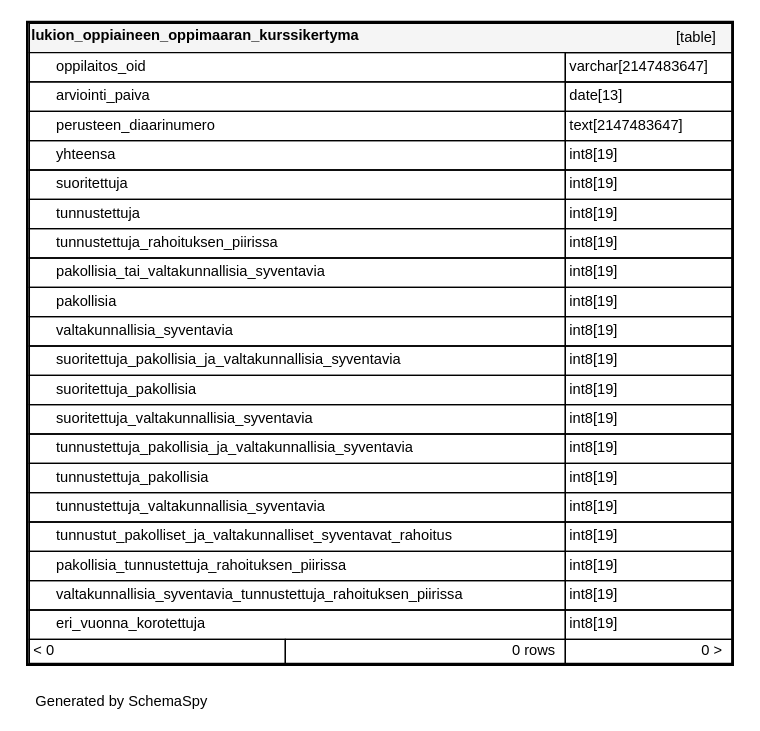
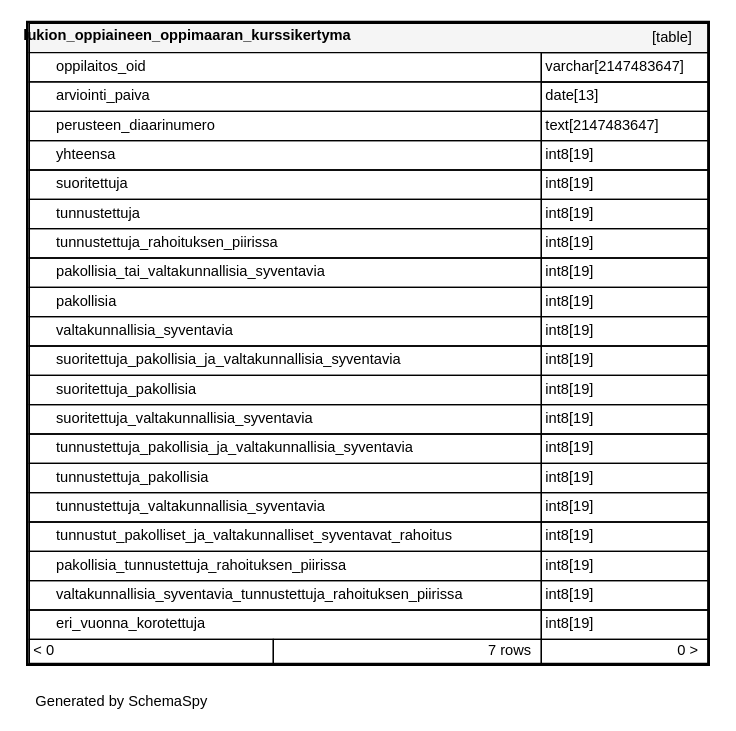
One commit to Opetushallitus/koski changed the diagram in documentation/tietokantaskeemat/koski-raportointikanta/diagrams/tables/lukion_oppiaineen_oppimaaran_ku_922d7fe1.1degree.dot. Above: the diagram before and after it, drawn with Graphviz. The commit also changed 246 other files, not shown here.

```diff
--- a/documentation/tietokantaskeemat/koski-raportointikanta/diagrams/tables/lukion_oppiaineen_oppimaaran_ku_922d7fe1.1degree.dot
+++ b/documentation/tietokantaskeemat/koski-raportointikanta/diagrams/tables/lukion_oppiaineen_oppimaaran_ku_922d7fe1.1degree.dot
@@ -3,28 +3,28 @@
   "lukion_oppiaineen_oppimaaran_kurssikertyma" [
    label=<
     <TABLE BORDER="2" CELLBORDER="1" CELLSPACING="0" BGCOLOR="#ffffff">
-      <TR><TD COLSPAN="4"  BGCOLOR="#f5f5f5"><TABLE BORDER="0" CELLSPACING="0"><TR><TD ALIGN="LEFT" FIXEDSIZE="TRUE" WIDTH="280" HEIGHT="16"><B>lukion_oppiaineen_oppimaaran_kurssikertyma</B></TD><TD ALIGN="RIGHT">[table]</TD></TR></TABLE></TD></TR>
-      <TR><TD PORT="oppilaitos_oid" COLSPAN="2" BGCOLOR="#ffffff" ALIGN="LEFT"><TABLE BORDER="0" CELLSPACING="0" ALIGN="LEFT"><TR ALIGN="LEFT"><TD ALIGN="LEFT" FIXEDSIZE="TRUE" WIDTH="15" HEIGHT="16"></TD><TD ALIGN="LEFT" FIXEDSIZE="TRUE" WIDTH="381" HEIGHT="16">oppilaitos_oid</TD></TR></TABLE></TD><TD PORT="oppilaitos_oid.type" ALIGN="LEFT">varchar[2147483647]</TD></TR>
-      <TR><TD PORT="arviointi_paiva" COLSPAN="2" BGCOLOR="#ffffff" ALIGN="LEFT"><TABLE BORDER="0" CELLSPACING="0" ALIGN="LEFT"><TR ALIGN="LEFT"><TD ALIGN="LEFT" FIXEDSIZE="TRUE" WIDTH="15" HEIGHT="16"></TD><TD ALIGN="LEFT" FIXEDSIZE="TRUE" WIDTH="381" HEIGHT="16">arviointi_paiva</TD></TR></TABLE></TD><TD PORT="arviointi_paiva.type" ALIGN="LEFT">date[13]</TD></TR>
-      <TR><TD PORT="perusteen_diaarinumero" COLSPAN="2" ALIGN="LEFT"><TABLE BORDER="0" CELLSPACING="0" ALIGN="LEFT"><TR ALIGN="LEFT"><TD ALIGN="LEFT" FIXEDSIZE="TRUE" WIDTH="15" HEIGHT="16"></TD><TD ALIGN="LEFT" FIXEDSIZE="TRUE" WIDTH="381" HEIGHT="16">perusteen_diaarinumero</TD></TR></TABLE></TD><TD PORT="perusteen_diaarinumero.type" ALIGN="LEFT">text[2147483647]</TD></TR>
-      <TR><TD PORT="yhteensa" COLSPAN="2" ALIGN="LEFT"><TABLE BORDER="0" CELLSPACING="0" ALIGN="LEFT"><TR ALIGN="LEFT"><TD ALIGN="LEFT" FIXEDSIZE="TRUE" WIDTH="15" HEIGHT="16"></TD><TD ALIGN="LEFT" FIXEDSIZE="TRUE" WIDTH="381" HEIGHT="16">yhteensa</TD></TR></TABLE></TD><TD PORT="yhteensa.type" ALIGN="LEFT">int8[19]</TD></TR>
-      <TR><TD PORT="suoritettuja" COLSPAN="2" ALIGN="LEFT"><TABLE BORDER="0" CELLSPACING="0" ALIGN="LEFT"><TR ALIGN="LEFT"><TD ALIGN="LEFT" FIXEDSIZE="TRUE" WIDTH="15" HEIGHT="16"></TD><TD ALIGN="LEFT" FIXEDSIZE="TRUE" WIDTH="381" HEIGHT="16">suoritettuja</TD></TR></TABLE></TD><TD PORT="suoritettuja.type" ALIGN="LEFT">int8[19]</TD></TR>
-      <TR><TD PORT="tunnustettuja" COLSPAN="2" ALIGN="LEFT"><TABLE BORDER="0" CELLSPACING="0" ALIGN="LEFT"><TR ALIGN="LEFT"><TD ALIGN="LEFT" FIXEDSIZE="TRUE" WIDTH="15" HEIGHT="16"></TD><TD ALIGN="LEFT" FIXEDSIZE="TRUE" WIDTH="381" HEIGHT="16">tunnustettuja</TD></TR></TABLE></TD><TD PORT="tunnustettuja.type" ALIGN="LEFT">int8[19]</TD></TR>
-      <TR><TD PORT="tunnustettuja_rahoituksen_piirissa" COLSPAN="2" ALIGN="LEFT"><TABLE BORDER="0" CELLSPACING="0" ALIGN="LEFT"><TR ALIGN="LEFT"><TD ALIGN="LEFT" FIXEDSIZE="TRUE" WIDTH="15" HEIGHT="16"></TD><TD ALIGN="LEFT" FIXEDSIZE="TRUE" WIDTH="381" HEIGHT="16">tunnustettuja_rahoituksen_piirissa</TD></TR></TABLE></TD><TD PORT="tunnustettuja_rahoituksen_piirissa.type" ALIGN="LEFT">int8[19]</TD></TR>
-      <TR><TD PORT="pakollisia_tai_valtakunnallisia_syventavia" COLSPAN="2" ALIGN="LEFT"><TABLE BORDER="0" CELLSPACING="0" ALIGN="LEFT"><TR ALIGN="LEFT"><TD ALIGN="LEFT" FIXEDSIZE="TRUE" WIDTH="15" HEIGHT="16"></TD><TD ALIGN="LEFT" FIXEDSIZE="TRUE" WIDTH="381" HEIGHT="16">pakollisia_tai_valtakunnallisia_syventavia</TD></TR></TABLE></TD><TD PORT="pakollisia_tai_valtakunnallisia_syventavia.type" ALIGN="LEFT">int8[19]</TD></TR>
-      <TR><TD PORT="pakollisia" COLSPAN="2" ALIGN="LEFT"><TABLE BORDER="0" CELLSPACING="0" ALIGN="LEFT"><TR ALIGN="LEFT"><TD ALIGN="LEFT" FIXEDSIZE="TRUE" WIDTH="15" HEIGHT="16"></TD><TD ALIGN="LEFT" FIXEDSIZE="TRUE" WIDTH="381" HEIGHT="16">pakollisia</TD></TR></TABLE></TD><TD PORT="pakollisia.type" ALIGN="LEFT">int8[19]</TD></TR>
-      <TR><TD PORT="valtakunnallisia_syventavia" COLSPAN="2" ALIGN="LEFT"><TABLE BORDER="0" CELLSPACING="0" ALIGN="LEFT"><TR ALIGN="LEFT"><TD ALIGN="LEFT" FIXEDSIZE="TRUE" WIDTH="15" HEIGHT="16"></TD><TD ALIGN="LEFT" FIXEDSIZE="TRUE" WIDTH="381" HEIGHT="16">valtakunnallisia_syventavia</TD></TR></TABLE></TD><TD PORT="valtakunnallisia_syventavia.type" ALIGN="LEFT">int8[19]</TD></TR>
-      <TR><TD PORT="suoritettuja_pakollisia_ja_valtakunnallisia_syventavia" COLSPAN="2" ALIGN="LEFT"><TABLE BORDER="0" CELLSPACING="0" ALIGN="LEFT"><TR ALIGN="LEFT"><TD ALIGN="LEFT" FIXEDSIZE="TRUE" WIDTH="15" HEIGHT="16"></TD><TD ALIGN="LEFT" FIXEDSIZE="TRUE" WIDTH="381" HEIGHT="16">suoritettuja_pakollisia_ja_valtakunnallisia_syventavia</TD></TR></TABLE></TD><TD PORT="suoritettuja_pakollisia_ja_valtakunnallisia_syventavia.type" ALIGN="LEFT">int8[19]</TD></TR>
-      <TR><TD PORT="suoritettuja_pakollisia" COLSPAN="2" ALIGN="LEFT"><TABLE BORDER="0" CELLSPACING="0" ALIGN="LEFT"><TR ALIGN="LEFT"><TD ALIGN="LEFT" FIXEDSIZE="TRUE" WIDTH="15" HEIGHT="16"></TD><TD ALIGN="LEFT" FIXEDSIZE="TRUE" WIDTH="381" HEIGHT="16">suoritettuja_pakollisia</TD></TR></TABLE></TD><TD PORT="suoritettuja_pakollisia.type" ALIGN="LEFT">int8[19]</TD></TR>
-      <TR><TD PORT="suoritettuja_valtakunnallisia_syventavia" COLSPAN="2" ALIGN="LEFT"><TABLE BORDER="0" CELLSPACING="0" ALIGN="LEFT"><TR ALIGN="LEFT"><TD ALIGN="LEFT" FIXEDSIZE="TRUE" WIDTH="15" HEIGHT="16"></TD><TD ALIGN="LEFT" FIXEDSIZE="TRUE" WIDTH="381" HEIGHT="16">suoritettuja_valtakunnallisia_syventavia</TD></TR></TABLE></TD><TD PORT="suoritettuja_valtakunnallisia_syventavia.type" ALIGN="LEFT">int8[19]</TD></TR>
-      <TR><TD PORT="tunnustettuja_pakollisia_ja_valtakunnallisia_syventavia" COLSPAN="2" ALIGN="LEFT"><TABLE BORDER="0" CELLSPACING="0" ALIGN="LEFT"><TR ALIGN="LEFT"><TD ALIGN="LEFT" FIXEDSIZE="TRUE" WIDTH="15" HEIGHT="16"></TD><TD ALIGN="LEFT" FIXEDSIZE="TRUE" WIDTH="381" HEIGHT="16">tunnustettuja_pakollisia_ja_valtakunnallisia_syventavia</TD></TR></TABLE></TD><TD PORT="tunnustettuja_pakollisia_ja_valtakunnallisia_syventavia.type" ALIGN="LEFT">int8[19]</TD></TR>
-      <TR><TD PORT="tunnustettuja_pakollisia" COLSPAN="2" ALIGN="LEFT"><TABLE BORDER="0" CELLSPACING="0" ALIGN="LEFT"><TR ALIGN="LEFT"><TD ALIGN="LEFT" FIXEDSIZE="TRUE" WIDTH="15" HEIGHT="16"></TD><TD ALIGN="LEFT" FIXEDSIZE="TRUE" WIDTH="381" HEIGHT="16">tunnustettuja_pakollisia</TD></TR></TABLE></TD><TD PORT="tunnustettuja_pakollisia.type" ALIGN="LEFT">int8[19]</TD></TR>
-      <TR><TD PORT="tunnustettuja_valtakunnallisia_syventavia" COLSPAN="2" ALIGN="LEFT"><TABLE BORDER="0" CELLSPACING="0" ALIGN="LEFT"><TR ALIGN="LEFT"><TD ALIGN="LEFT" FIXEDSIZE="TRUE" WIDTH="15" HEIGHT="16"></TD><TD ALIGN="LEFT" FIXEDSIZE="TRUE" WIDTH="381" HEIGHT="16">tunnustettuja_valtakunnallisia_syventavia</TD></TR></TABLE></TD><TD PORT="tunnustettuja_valtakunnallisia_syventavia.type" ALIGN="LEFT">int8[19]</TD></TR>
-      <TR><TD PORT="tunnustut_pakolliset_ja_valtakunnalliset_syventavat_rahoitus" COLSPAN="2" ALIGN="LEFT"><TABLE BORDER="0" CELLSPACING="0" ALIGN="LEFT"><TR ALIGN="LEFT"><TD ALIGN="LEFT" FIXEDSIZE="TRUE" WIDTH="15" HEIGHT="16"></TD><TD ALIGN="LEFT" FIXEDSIZE="TRUE" WIDTH="381" HEIGHT="16">tunnustut_pakolliset_ja_valtakunnalliset_syventavat_rahoitus</TD></TR></TABLE></TD><TD PORT="tunnustut_pakolliset_ja_valtakunnalliset_syventavat_rahoitus.type" ALIGN="LEFT">int8[19]</TD></TR>
-      <TR><TD PORT="pakollisia_tunnustettuja_rahoituksen_piirissa" COLSPAN="2" ALIGN="LEFT"><TABLE BORDER="0" CELLSPACING="0" ALIGN="LEFT"><TR ALIGN="LEFT"><TD ALIGN="LEFT" FIXEDSIZE="TRUE" WIDTH="15" HEIGHT="16"></TD><TD ALIGN="LEFT" FIXEDSIZE="TRUE" WIDTH="381" HEIGHT="16">pakollisia_tunnustettuja_rahoituksen_piirissa</TD></TR></TABLE></TD><TD PORT="pakollisia_tunnustettuja_rahoituksen_piirissa.type" ALIGN="LEFT">int8[19]</TD></TR>
-      <TR><TD PORT="valtakunnallisia_syventavia_tunnustettuja_rahoituksen_piirissa" COLSPAN="2" ALIGN="LEFT"><TABLE BORDER="0" CELLSPACING="0" ALIGN="LEFT"><TR ALIGN="LEFT"><TD ALIGN="LEFT" FIXEDSIZE="TRUE" WIDTH="15" HEIGHT="16"></TD><TD ALIGN="LEFT" FIXEDSIZE="TRUE" WIDTH="381" HEIGHT="16">valtakunnallisia_syventavia_tunnustettuja_rahoituksen_piirissa</TD></TR></TABLE></TD><TD PORT="valtakunnallisia_syventavia_tunnustettuja_rahoituksen_piirissa.type" ALIGN="LEFT">int8[19]</TD></TR>
-      <TR><TD PORT="eri_vuonna_korotettuja" COLSPAN="2" ALIGN="LEFT"><TABLE BORDER="0" CELLSPACING="0" ALIGN="LEFT"><TR ALIGN="LEFT"><TD ALIGN="LEFT" FIXEDSIZE="TRUE" WIDTH="15" HEIGHT="16"></TD><TD ALIGN="LEFT" FIXEDSIZE="TRUE" WIDTH="381" HEIGHT="16">eri_vuonna_korotettuja</TD></TR></TABLE></TD><TD PORT="eri_vuonna_korotettuja.type" ALIGN="LEFT">int8[19]</TD></TR>
-      <TR><TD ALIGN="LEFT" BGCOLOR="#ffffff">&lt; 0</TD><TD ALIGN="RIGHT" BGCOLOR="#ffffff">0 rows</TD><TD ALIGN="RIGHT" BGCOLOR="#ffffff">0 &gt;</TD></TR>
+      <TR><TD COLSPAN="4"  BGCOLOR="#f5f5f5"><TABLE BORDER="0" CELLSPACING="0"><TR><TD ALIGN="LEFT" FIXEDSIZE="TRUE" WIDTH="268" HEIGHT="16"><B>lukion_oppiaineen_oppimaaran_kurssikertyma</B></TD><TD ALIGN="RIGHT">[table]</TD></TR></TABLE></TD></TR>
+      <TR><TD PORT="oppilaitos_oid" COLSPAN="2" BGCOLOR="#ffffff" ALIGN="LEFT"><TABLE BORDER="0" CELLSPACING="0" ALIGN="LEFT"><TR ALIGN="LEFT"><TD ALIGN="LEFT" FIXEDSIZE="TRUE" WIDTH="15" HEIGHT="16"></TD><TD ALIGN="LEFT" FIXEDSIZE="TRUE" WIDTH="363" HEIGHT="16">oppilaitos_oid</TD></TR></TABLE></TD><TD PORT="oppilaitos_oid.type" ALIGN="LEFT">varchar[2147483647]</TD></TR>
+      <TR><TD PORT="arviointi_paiva" COLSPAN="2" BGCOLOR="#ffffff" ALIGN="LEFT"><TABLE BORDER="0" CELLSPACING="0" ALIGN="LEFT"><TR ALIGN="LEFT"><TD ALIGN="LEFT" FIXEDSIZE="TRUE" WIDTH="15" HEIGHT="16"></TD><TD ALIGN="LEFT" FIXEDSIZE="TRUE" WIDTH="363" HEIGHT="16">arviointi_paiva</TD></TR></TABLE></TD><TD PORT="arviointi_paiva.type" ALIGN="LEFT">date[13]</TD></TR>
+      <TR><TD PORT="perusteen_diaarinumero" COLSPAN="2" ALIGN="LEFT"><TABLE BORDER="0" CELLSPACING="0" ALIGN="LEFT"><TR ALIGN="LEFT"><TD ALIGN="LEFT" FIXEDSIZE="TRUE" WIDTH="15" HEIGHT="16"></TD><TD ALIGN="LEFT" FIXEDSIZE="TRUE" WIDTH="363" HEIGHT="16">perusteen_diaarinumero</TD></TR></TABLE></TD><TD PORT="perusteen_diaarinumero.type" ALIGN="LEFT">text[2147483647]</TD></TR>
+      <TR><TD PORT="yhteensa" COLSPAN="2" ALIGN="LEFT"><TABLE BORDER="0" CELLSPACING="0" ALIGN="LEFT"><TR ALIGN="LEFT"><TD ALIGN="LEFT" FIXEDSIZE="TRUE" WIDTH="15" HEIGHT="16"></TD><TD ALIGN="LEFT" FIXEDSIZE="TRUE" WIDTH="363" HEIGHT="16">yhteensa</TD></TR></TABLE></TD><TD PORT="yhteensa.type" ALIGN="LEFT">int8[19]</TD></TR>
+      <TR><TD PORT="suoritettuja" COLSPAN="2" ALIGN="LEFT"><TABLE BORDER="0" CELLSPACING="0" ALIGN="LEFT"><TR ALIGN="LEFT"><TD ALIGN="LEFT" FIXEDSIZE="TRUE" WIDTH="15" HEIGHT="16"></TD><TD ALIGN="LEFT" FIXEDSIZE="TRUE" WIDTH="363" HEIGHT="16">suoritettuja</TD></TR></TABLE></TD><TD PORT="suoritettuja.type" ALIGN="LEFT">int8[19]</TD></TR>
+      <TR><TD PORT="tunnustettuja" COLSPAN="2" ALIGN="LEFT"><TABLE BORDER="0" CELLSPACING="0" ALIGN="LEFT"><TR ALIGN="LEFT"><TD ALIGN="LEFT" FIXEDSIZE="TRUE" WIDTH="15" HEIGHT="16"></TD><TD ALIGN="LEFT" FIXEDSIZE="TRUE" WIDTH="363" HEIGHT="16">tunnustettuja</TD></TR></TABLE></TD><TD PORT="tunnustettuja.type" ALIGN="LEFT">int8[19]</TD></TR>
+      <TR><TD PORT="tunnustettuja_rahoituksen_piirissa" COLSPAN="2" ALIGN="LEFT"><TABLE BORDER="0" CELLSPACING="0" ALIGN="LEFT"><TR ALIGN="LEFT"><TD ALIGN="LEFT" FIXEDSIZE="TRUE" WIDTH="15" HEIGHT="16"></TD><TD ALIGN="LEFT" FIXEDSIZE="TRUE" WIDTH="363" HEIGHT="16">tunnustettuja_rahoituksen_piirissa</TD></TR></TABLE></TD><TD PORT="tunnustettuja_rahoituksen_piirissa.type" ALIGN="LEFT">int8[19]</TD></TR>
+      <TR><TD PORT="pakollisia_tai_valtakunnallisia_syventavia" COLSPAN="2" ALIGN="LEFT"><TABLE BORDER="0" CELLSPACING="0" ALIGN="LEFT"><TR ALIGN="LEFT"><TD ALIGN="LEFT" FIXEDSIZE="TRUE" WIDTH="15" HEIGHT="16"></TD><TD ALIGN="LEFT" FIXEDSIZE="TRUE" WIDTH="363" HEIGHT="16">pakollisia_tai_valtakunnallisia_syventavia</TD></TR></TABLE></TD><TD PORT="pakollisia_tai_valtakunnallisia_syventavia.type" ALIGN="LEFT">int8[19]</TD></TR>
+      <TR><TD PORT="pakollisia" COLSPAN="2" ALIGN="LEFT"><TABLE BORDER="0" CELLSPACING="0" ALIGN="LEFT"><TR ALIGN="LEFT"><TD ALIGN="LEFT" FIXEDSIZE="TRUE" WIDTH="15" HEIGHT="16"></TD><TD ALIGN="LEFT" FIXEDSIZE="TRUE" WIDTH="363" HEIGHT="16">pakollisia</TD></TR></TABLE></TD><TD PORT="pakollisia.type" ALIGN="LEFT">int8[19]</TD></TR>
+      <TR><TD PORT="valtakunnallisia_syventavia" COLSPAN="2" ALIGN="LEFT"><TABLE BORDER="0" CELLSPACING="0" ALIGN="LEFT"><TR ALIGN="LEFT"><TD ALIGN="LEFT" FIXEDSIZE="TRUE" WIDTH="15" HEIGHT="16"></TD><TD ALIGN="LEFT" FIXEDSIZE="TRUE" WIDTH="363" HEIGHT="16">valtakunnallisia_syventavia</TD></TR></TABLE></TD><TD PORT="valtakunnallisia_syventavia.type" ALIGN="LEFT">int8[19]</TD></TR>
+      <TR><TD PORT="suoritettuja_pakollisia_ja_valtakunnallisia_syventavia" COLSPAN="2" ALIGN="LEFT"><TABLE BORDER="0" CELLSPACING="0" ALIGN="LEFT"><TR ALIGN="LEFT"><TD ALIGN="LEFT" FIXEDSIZE="TRUE" WIDTH="15" HEIGHT="16"></TD><TD ALIGN="LEFT" FIXEDSIZE="TRUE" WIDTH="363" HEIGHT="16">suoritettuja_pakollisia_ja_valtakunnallisia_syventavia</TD></TR></TABLE></TD><TD PORT="suoritettuja_pakollisia_ja_valtakunnallisia_syventavia.type" ALIGN="LEFT">int8[19]</TD></TR>
+      <TR><TD PORT="suoritettuja_pakollisia" COLSPAN="2" ALIGN="LEFT"><TABLE BORDER="0" CELLSPACING="0" ALIGN="LEFT"><TR ALIGN="LEFT"><TD ALIGN="LEFT" FIXEDSIZE="TRUE" WIDTH="15" HEIGHT="16"></TD><TD ALIGN="LEFT" FIXEDSIZE="TRUE" WIDTH="363" HEIGHT="16">suoritettuja_pakollisia</TD></TR></TABLE></TD><TD PORT="suoritettuja_pakollisia.type" ALIGN="LEFT">int8[19]</TD></TR>
+      <TR><TD PORT="suoritettuja_valtakunnallisia_syventavia" COLSPAN="2" ALIGN="LEFT"><TABLE BORDER="0" CELLSPACING="0" ALIGN="LEFT"><TR ALIGN="LEFT"><TD ALIGN="LEFT" FIXEDSIZE="TRUE" WIDTH="15" HEIGHT="16"></TD><TD ALIGN="LEFT" FIXEDSIZE="TRUE" WIDTH="363" HEIGHT="16">suoritettuja_valtakunnallisia_syventavia</TD></TR></TABLE></TD><TD PORT="suoritettuja_valtakunnallisia_syventavia.type" ALIGN="LEFT">int8[19]</TD></TR>
+      <TR><TD PORT="tunnustettuja_pakollisia_ja_valtakunnallisia_syventavia" COLSPAN="2" ALIGN="LEFT"><TABLE BORDER="0" CELLSPACING="0" ALIGN="LEFT"><TR ALIGN="LEFT"><TD ALIGN="LEFT" FIXEDSIZE="TRUE" WIDTH="15" HEIGHT="16"></TD><TD ALIGN="LEFT" FIXEDSIZE="TRUE" WIDTH="363" HEIGHT="16">tunnustettuja_pakollisia_ja_valtakunnallisia_syventavia</TD></TR></TABLE></TD><TD PORT="tunnustettuja_pakollisia_ja_valtakunnallisia_syventavia.type" ALIGN="LEFT">int8[19]</TD></TR>
+      <TR><TD PORT="tunnustettuja_pakollisia" COLSPAN="2" ALIGN="LEFT"><TABLE BORDER="0" CELLSPACING="0" ALIGN="LEFT"><TR ALIGN="LEFT"><TD ALIGN="LEFT" FIXEDSIZE="TRUE" WIDTH="15" HEIGHT="16"></TD><TD ALIGN="LEFT" FIXEDSIZE="TRUE" WIDTH="363" HEIGHT="16">tunnustettuja_pakollisia</TD></TR></TABLE></TD><TD PORT="tunnustettuja_pakollisia.type" ALIGN="LEFT">int8[19]</TD></TR>
+      <TR><TD PORT="tunnustettuja_valtakunnallisia_syventavia" COLSPAN="2" ALIGN="LEFT"><TABLE BORDER="0" CELLSPACING="0" ALIGN="LEFT"><TR ALIGN="LEFT"><TD ALIGN="LEFT" FIXEDSIZE="TRUE" WIDTH="15" HEIGHT="16"></TD><TD ALIGN="LEFT" FIXEDSIZE="TRUE" WIDTH="363" HEIGHT="16">tunnustettuja_valtakunnallisia_syventavia</TD></TR></TABLE></TD><TD PORT="tunnustettuja_valtakunnallisia_syventavia.type" ALIGN="LEFT">int8[19]</TD></TR>
+      <TR><TD PORT="tunnustut_pakolliset_ja_valtakunnalliset_syventavat_rahoitus" COLSPAN="2" ALIGN="LEFT"><TABLE BORDER="0" CELLSPACING="0" ALIGN="LEFT"><TR ALIGN="LEFT"><TD ALIGN="LEFT" FIXEDSIZE="TRUE" WIDTH="15" HEIGHT="16"></TD><TD ALIGN="LEFT" FIXEDSIZE="TRUE" WIDTH="363" HEIGHT="16">tunnustut_pakolliset_ja_valtakunnalliset_syventavat_rahoitus</TD></TR></TABLE></TD><TD PORT="tunnustut_pakolliset_ja_valtakunnalliset_syventavat_rahoitus.type" ALIGN="LEFT">int8[19]</TD></TR>
+      <TR><TD PORT="pakollisia_tunnustettuja_rahoituksen_piirissa" COLSPAN="2" ALIGN="LEFT"><TABLE BORDER="0" CELLSPACING="0" ALIGN="LEFT"><TR ALIGN="LEFT"><TD ALIGN="LEFT" FIXEDSIZE="TRUE" WIDTH="15" HEIGHT="16"></TD><TD ALIGN="LEFT" FIXEDSIZE="TRUE" WIDTH="363" HEIGHT="16">pakollisia_tunnustettuja_rahoituksen_piirissa</TD></TR></TABLE></TD><TD PORT="pakollisia_tunnustettuja_rahoituksen_piirissa.type" ALIGN="LEFT">int8[19]</TD></TR>
+      <TR><TD PORT="valtakunnallisia_syventavia_tunnustettuja_rahoituksen_piirissa" COLSPAN="2" ALIGN="LEFT"><TABLE BORDER="0" CELLSPACING="0" ALIGN="LEFT"><TR ALIGN="LEFT"><TD ALIGN="LEFT" FIXEDSIZE="TRUE" WIDTH="15" HEIGHT="16"></TD><TD ALIGN="LEFT" FIXEDSIZE="TRUE" WIDTH="363" HEIGHT="16">valtakunnallisia_syventavia_tunnustettuja_rahoituksen_piirissa</TD></TR></TABLE></TD><TD PORT="valtakunnallisia_syventavia_tunnustettuja_rahoituksen_piirissa.type" ALIGN="LEFT">int8[19]</TD></TR>
+      <TR><TD PORT="eri_vuonna_korotettuja" COLSPAN="2" ALIGN="LEFT"><TABLE BORDER="0" CELLSPACING="0" ALIGN="LEFT"><TR ALIGN="LEFT"><TD ALIGN="LEFT" FIXEDSIZE="TRUE" WIDTH="15" HEIGHT="16"></TD><TD ALIGN="LEFT" FIXEDSIZE="TRUE" WIDTH="363" HEIGHT="16">eri_vuonna_korotettuja</TD></TR></TABLE></TD><TD PORT="eri_vuonna_korotettuja.type" ALIGN="LEFT">int8[19]</TD></TR>
+      <TR><TD ALIGN="LEFT" BGCOLOR="#ffffff">&lt; 0</TD><TD ALIGN="RIGHT" BGCOLOR="#ffffff">7 rows</TD><TD ALIGN="RIGHT" BGCOLOR="#ffffff">0 &gt;</TD></TR>
     </TABLE>>
     URL="../../tables/lukion_oppiaineen_oppimaaran_ku_922d7fe1.html"
     target="_top"
```
